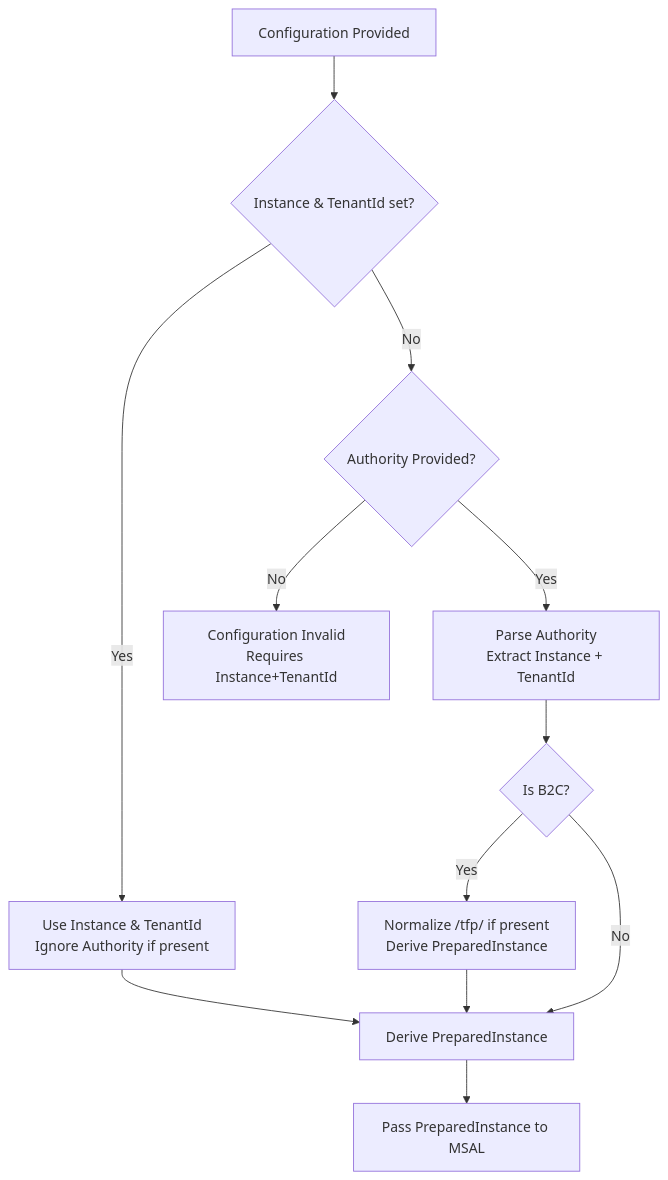
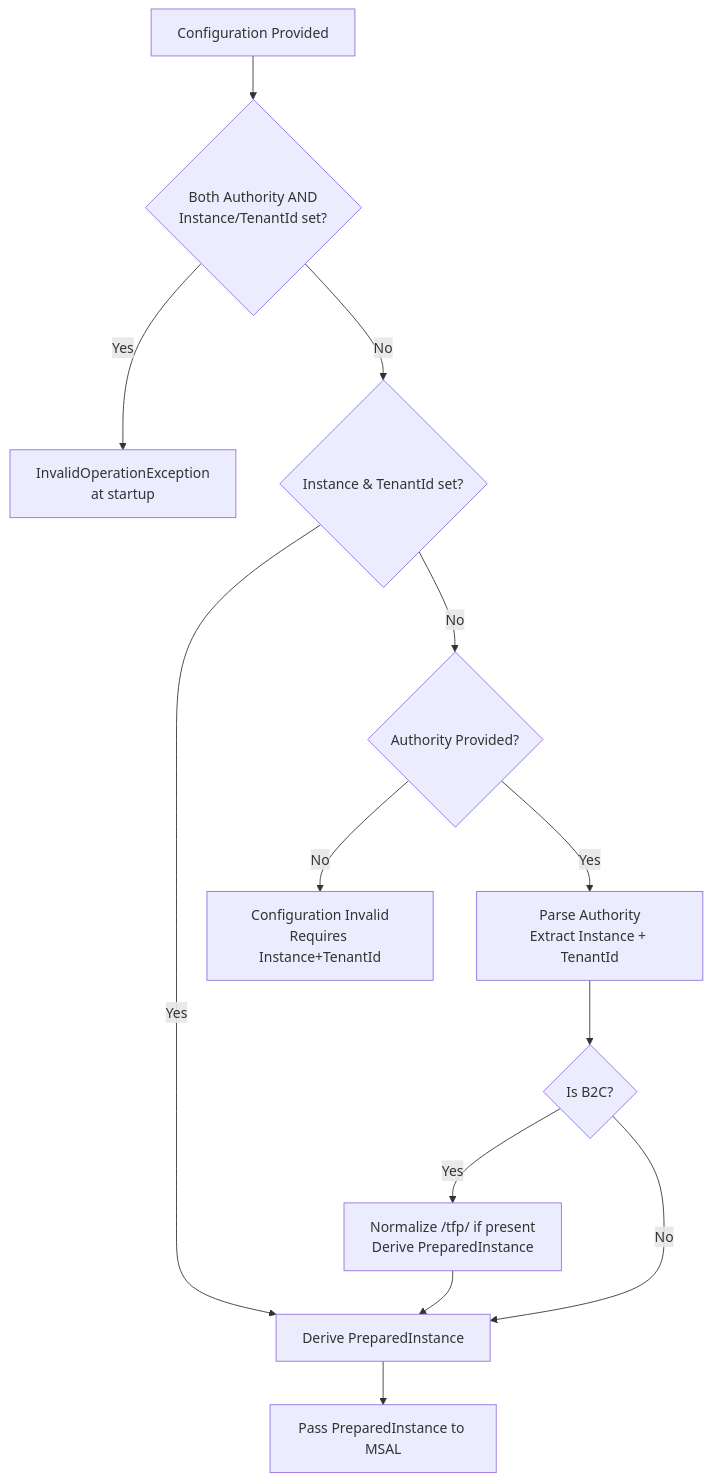
Before and after one commit to AzureAD/microsoft-identity-web: the diagram in docs/authority-configuration.md, drawn with Mermaid. The commit also changed other lines of this file and 6 other files, not shown here.

First line of the commit message:
Update docs: Authority + Instance/TenantId conflict now throws

````diff
--- a/docs/authority-configuration.md
+++ b/docs/authority-configuration.md
@@ -46,14 +46,15 @@
 ```mermaid
 flowchart TD
-    A[Configuration Provided] --> B{Instance & TenantId set?}
-    B -- Yes --> C[Use Instance & TenantId<br/>Ignore Authority if present]
-    B -- No --> D{Authority Provided?}
+    A[Configuration Provided] --> B{Both Authority AND<br/>Instance/TenantId set?}
+    B -- Yes --> X[InvalidOperationException<br/>at startup]
+    B -- No --> C{Instance & TenantId set?}
+    C -- Yes --> K[Derive PreparedInstance]
+    C -- No --> D{Authority Provided?}
     D -- No --> E[Configuration Invalid<br/>Requires Instance+TenantId]
     D -- Yes --> H[Parse Authority<br/>Extract Instance + TenantId]
     H --> I{Is B2C?}
     I -- Yes --> J[Normalize /tfp/ if present<br/>Derive PreparedInstance]
-    I -- No --> K[Derive PreparedInstance]
-    C --> K
+    I -- No --> K
     J --> K
     K --> L[Pass PreparedInstance to MSAL]
 ```
````
